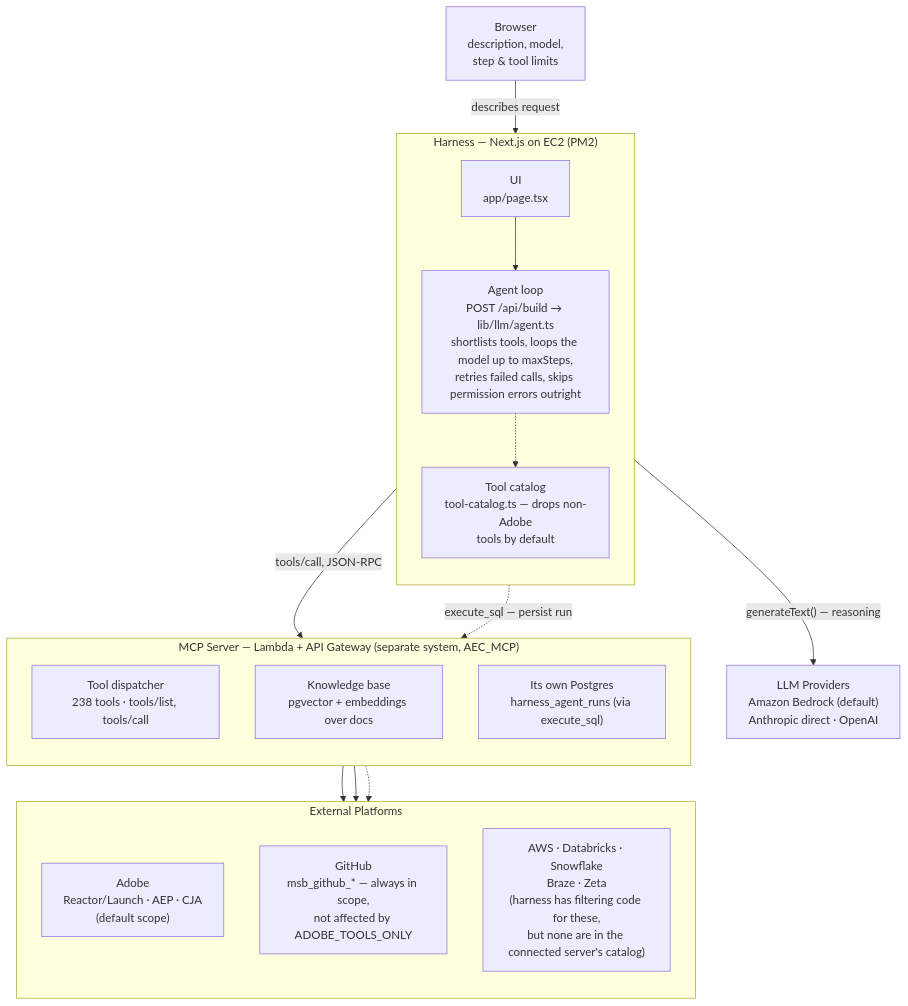
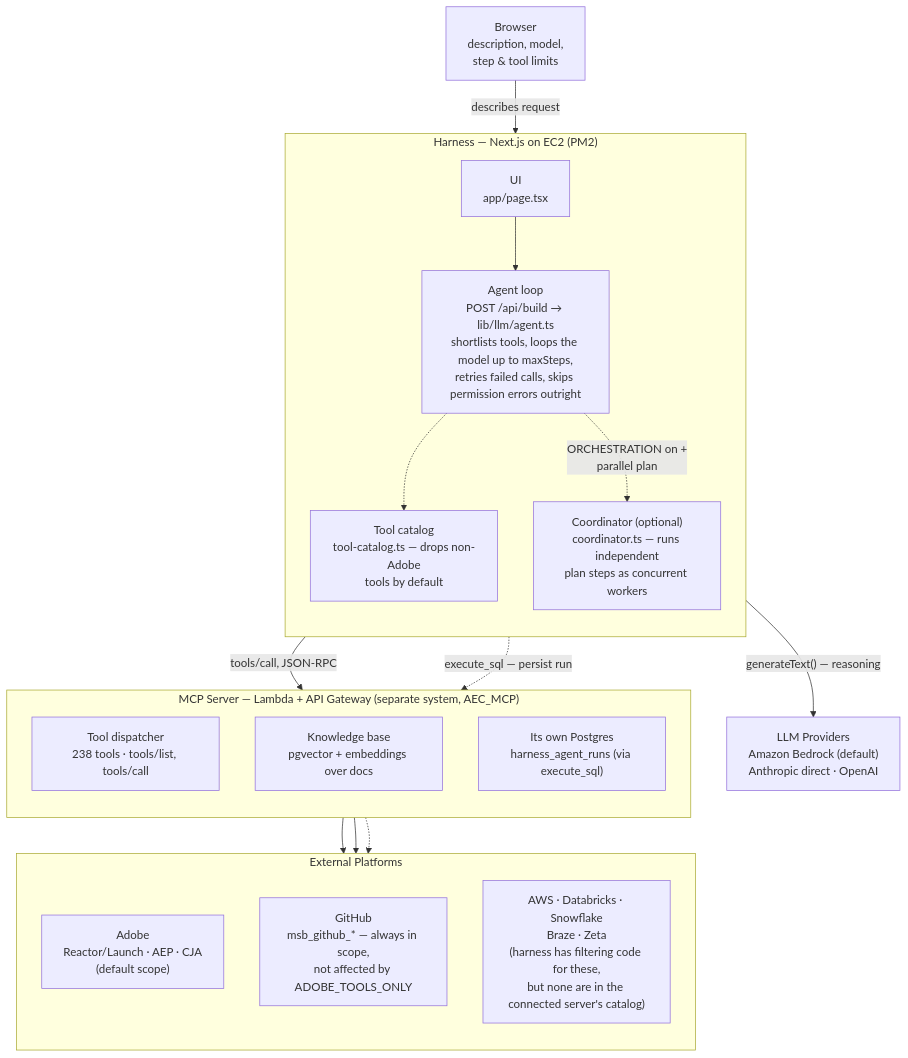
Before and after one commit to chaunceyplum/NEXT_HARNESS: the diagram in ARCHITECTURE.md, drawn with Mermaid. The commit also changed other lines of this file and 59 other files, not shown here.

````diff
--- a/ARCHITECTURE.md
+++ b/ARCHITECTURE.md
@@ -8,37 +8,39 @@
 ```mermaid
 flowchart TD
     Browser["Browser<br/>description, model,<br/>step &amp; tool limits"]
 
     subgraph Harness["Harness — Next.js on EC2 (PM2)"]
         direction TB
         UI["UI<br/>app/page.tsx"]
         Agent["Agent loop<br/>POST /api/build → lib/llm/agent.ts<br/>shortlists tools, loops the model up to maxSteps,<br/>retries failed calls, skips permission errors outright"]
         Catalog["Tool catalog<br/>tool-catalog.ts — drops non-Adobe<br/>tools by default"]
+        Coordinator["Coordinator (optional)<br/>coordinator.ts — runs independent<br/>plan steps as concurrent workers"]
         UI --> Agent
         Agent -.-> Catalog
+        Agent -.->|"ORCHESTRATION on +<br/>parallel plan"| Coordinator
     end
 
     LLM["LLM Providers<br/>Amazon Bedrock (default)<br/>Anthropic direct · OpenAI"]
 
     subgraph MCP["MCP Server — Lambda + API Gateway (separate system, AEC_MCP)"]
         direction TB
         Dispatcher["Tool dispatcher<br/>238 tools · tools/list, tools/call"]
         KB["Knowledge base<br/>pgvector + embeddings over docs"]
         DB["Its own Postgres<br/>harness_agent_runs (via execute_sql)"]
     end
 
     subgraph External["External Platforms"]
         direction TB
         Adobe["Adobe<br/>Reactor/Launch · AEP · CJA<br/>(default scope)"]
         GitHub["GitHub<br/>msb_github_* — always in scope,<br/>not affected by ADOBE_TOOLS_ONLY"]
         Rest["AWS · Databricks · Snowflake<br/>Braze · Zeta<br/>(harness has filtering code for these,<br/>but none are in the connected server's catalog)"]
     end
 
     Browser -->|describes request| UI
     Agent -->|"generateText() — reasoning"| LLM
     Agent -->|tools/call, JSON-RPC| Dispatcher
     Agent -.->|execute_sql — persist run| DB
     Dispatcher --> Adobe
     Dispatcher --> GitHub
     Dispatcher -.-> Rest
 ```
````
